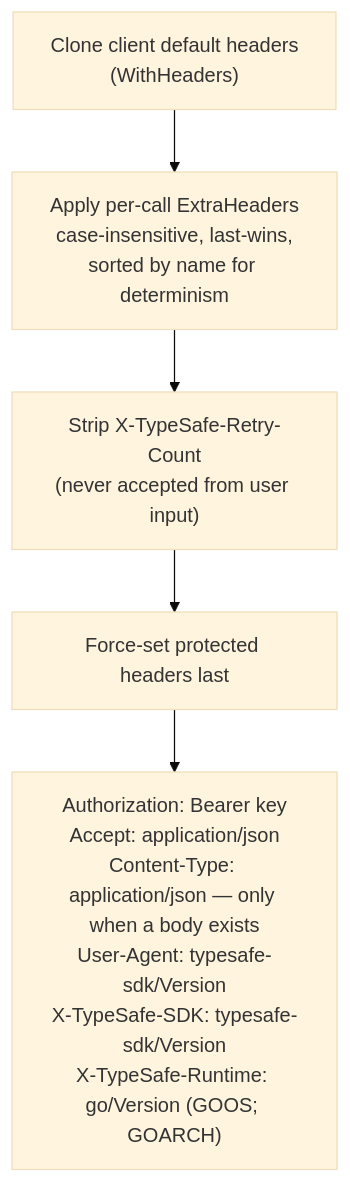
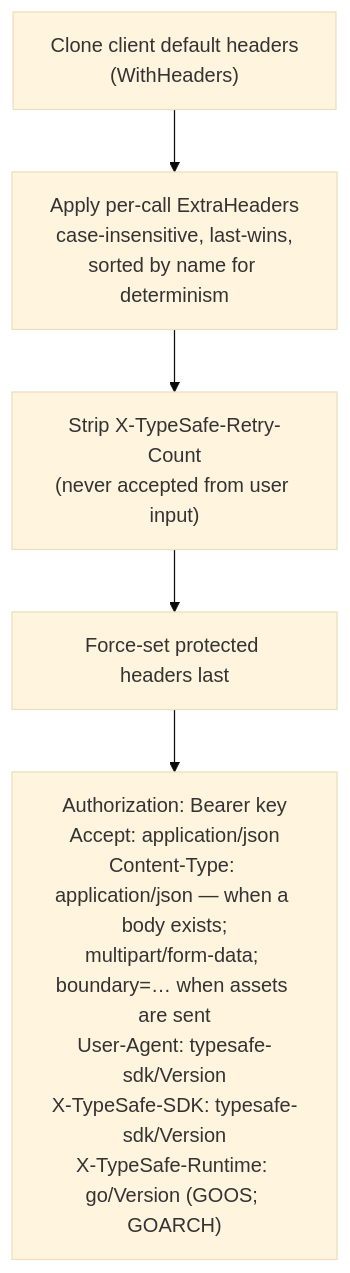
The second of 3 diagrams in docs/wire-protocol.md (captain-corgi/typesafe-sdk-go), drawn with Mermaid (base theme) before and after one commit. The commit also changed other lines of this file and 41 other files, not shown here.

````diff
--- a/docs/wire-protocol.md
+++ b/docs/wire-protocol.md
@@ -36,7 +39,7 @@
 ```mermaid
 flowchart TB
     h0["Clone client default headers<br>(WithHeaders)"] --> h1["Apply per-call ExtraHeaders<br>case-insensitive, last-wins,<br>sorted by name for determinism"]
     h1 --> h2["Strip X-TypeSafe-Retry-Count<br>(never accepted from user input)"]
     h2 --> h3["Force-set protected headers last"]
-    h3 --> h4["Authorization: Bearer key<br>Accept: application/json<br>Content-Type: application/json — only when a body exists<br>User-Agent: typesafe-sdk/Version<br>X-TypeSafe-SDK: typesafe-sdk/Version<br>X-TypeSafe-Runtime: go/Version (GOOS; GOARCH)"]
+    h3 --> h4["Authorization: Bearer key<br>Accept: application/json<br>Content-Type: application/json — when a body exists;<br>multipart/form-data; boundary=… when assets are sent<br>User-Agent: typesafe-sdk/Version<br>X-TypeSafe-SDK: typesafe-sdk/Version<br>X-TypeSafe-Runtime: go/Version (GOOS; GOARCH)"]
 ```
````
